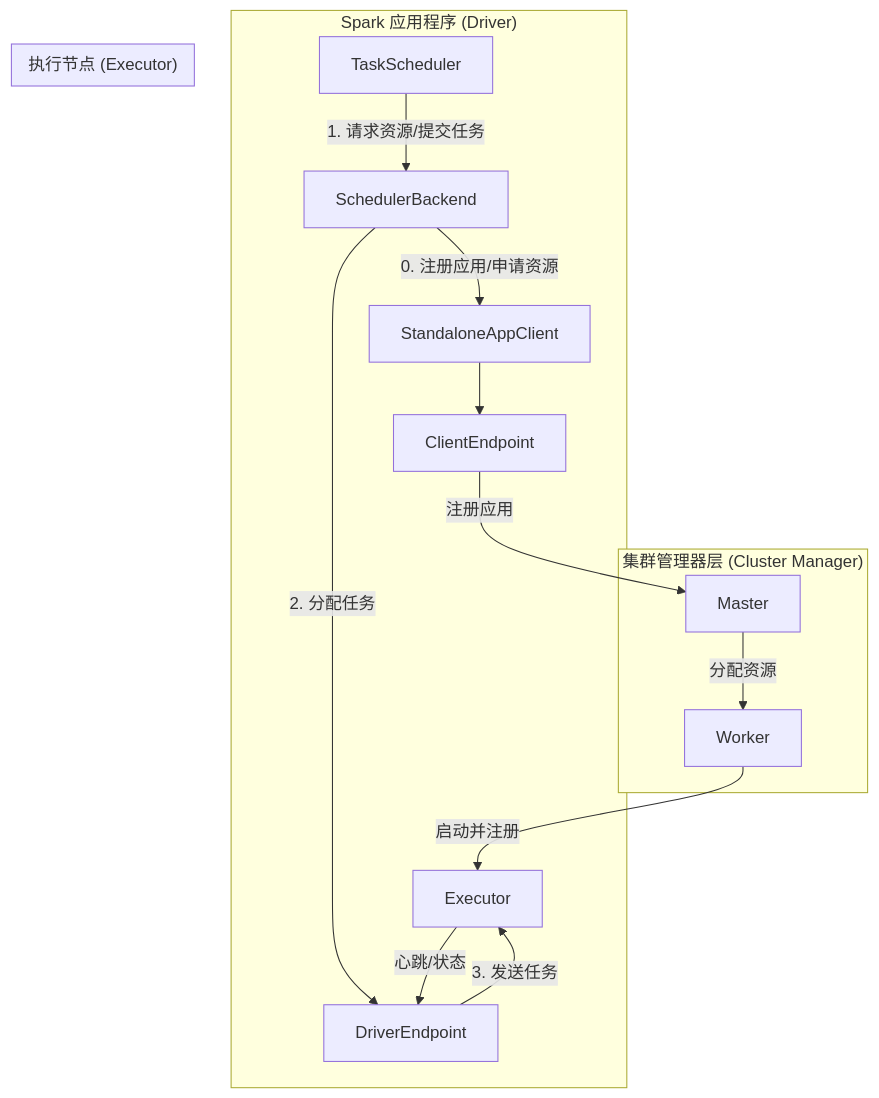
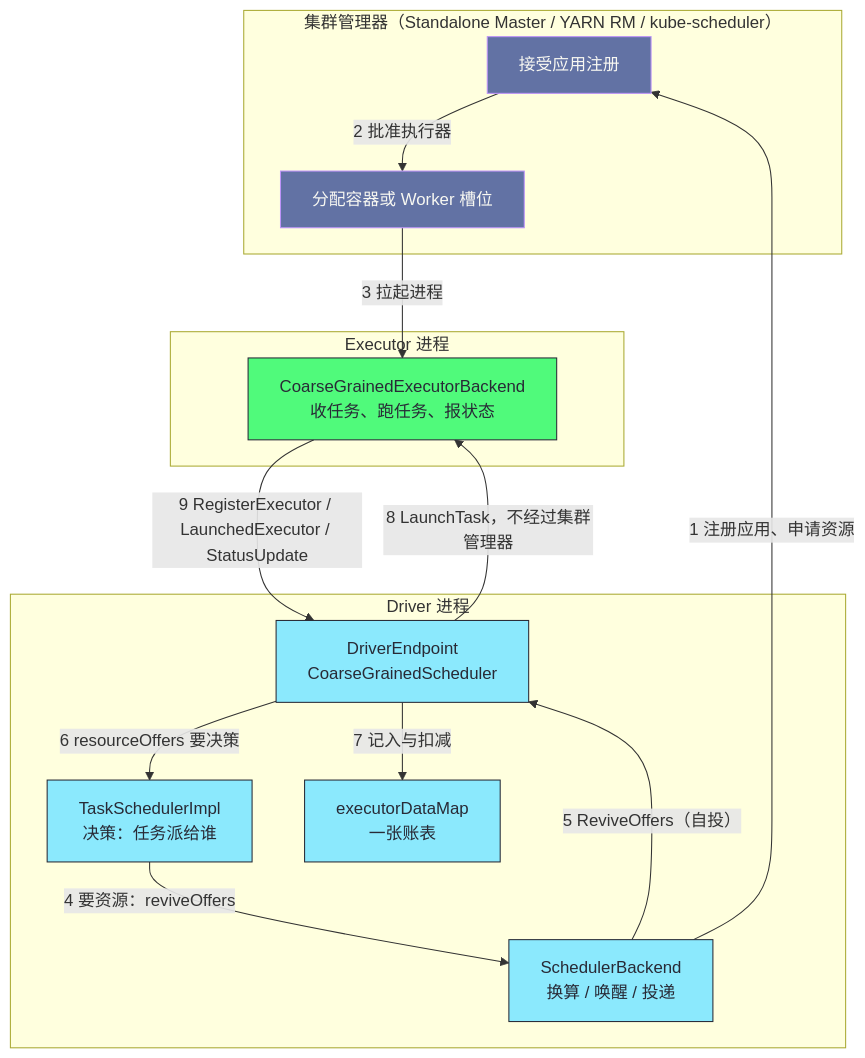
One commit to hpliStartAgain/my-brain changed the first of 5 diagrams in content/大数据/Spark/读书笔记-spark内核/03_调度与执行机制/7. Spark_SchedulerBackend_原理.md. Above: the diagram before and after it, drawn with Mermaid. The commit also changed other lines of this file and 259 other files, not shown here.

````diff
--- a/content/大数据/Spark/读书笔记-spark内核/03_调度与执行机制/7. Spark_SchedulerBackend_原理.md
+++ b/content/大数据/Spark/读书笔记-spark内核/03_调度与执行机制/7. Spark_SchedulerBackend_原理.md
@@ -26,30 +64,32 @@
 ```mermaid
+%%{init: {'theme': 'dracula'}}%%
 flowchart TD
-    subgraph "集群管理器层 (Cluster Manager)"
-        Master
-        Worker
+    subgraph CM["集群管理器（Standalone Master / YARN RM / kube-scheduler）"]
+        M1["接受应用注册"]
+        M2["分配容器或 Worker 槽位"]
     end
-
-    subgraph "Spark 应用程序 (Driver)"
-        TS[TaskScheduler]
-        SB[SchedulerBackend]
-        DE["DriverEndpoint"]
-        CE["ClientEndpoint"]
-        AC[StandaloneAppClient]
-
-        TS -- "1. 请求资源/提交任务" --> SB
-        SB -- "2. 分配任务" --> DE
-        DE -- "3. 发送任务" --> Executor
-        SB -- "0. 注册应用/申请资源" --> AC
-        AC --> CE
+    subgraph DRV["Driver 进程"]
+        TS["TaskSchedulerImpl<br/>决策：任务派给谁"]
+        SB["SchedulerBackend<br/>换算 / 唤醒 / 投递"]
+        DE["DriverEndpoint<br/>CoarseGrainedScheduler"]
+        EM["executorDataMap<br/>一张账表"]
     end
-
-    subgraph "执行节点 (Executor)"
-        Executor
+    subgraph EXE["Executor 进程"]
+        EX["CoarseGrainedExecutorBackend<br/>收任务、跑任务、报状态"]
     end
-
-    CE -- "注册应用" --> Master
-    Master -- "分配资源" --> Worker
-    Worker -- "启动并注册" --> Executor
-    Executor -- "心跳/状态" --> DE
+    SB -- "1 注册应用、申请资源" --> M1
+    M1 -- "2 批准执行器" --> M2
+    M2 -- "3 拉起进程" --> EX
+    TS -- "4 要资源：reviveOffers" --> SB
+    SB -- "5 ReviveOffers（自投）" --> DE
+    DE -- "6 resourceOffers 要决策" --> TS
+    DE -- "7 记入与扣减" --> EM
+    DE -- "8 LaunchTask，不经过集群管理器" --> EX
+    EX -- "9 RegisterExecutor / LaunchedExecutor / StatusUpdate" --> DE
+    classDef cm fill:#6272a4,stroke:#bd93f9,color:#f8f8f2
+    classDef dr fill:#8be9fd,stroke:#282a36,color:#282a36
+    classDef ex fill:#50fa7b,stroke:#282a36,color:#282a36
+    class M1,M2 cm
+    class TS,SB,DE,EM dr
+    class EX ex
 ```
````
